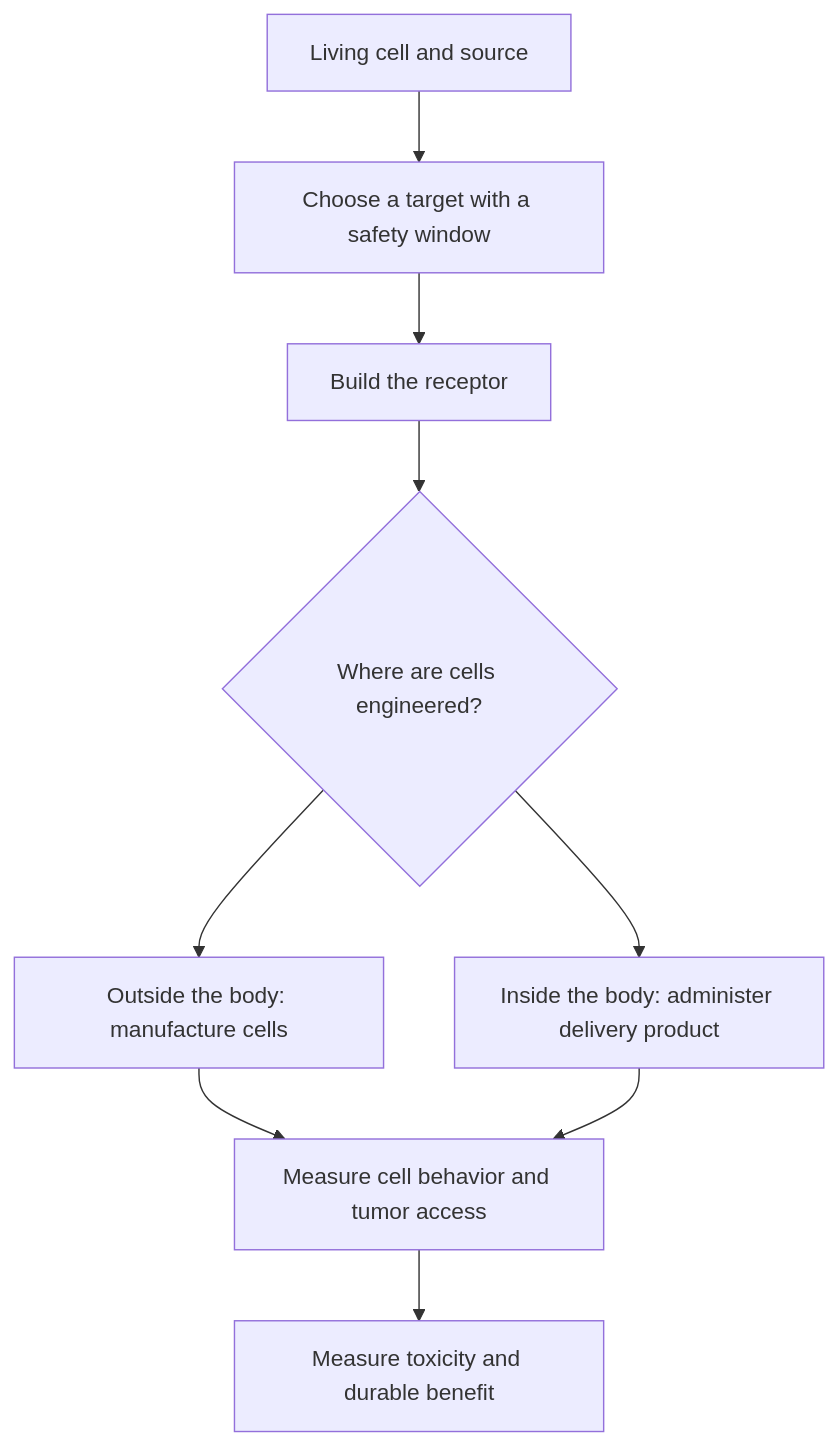
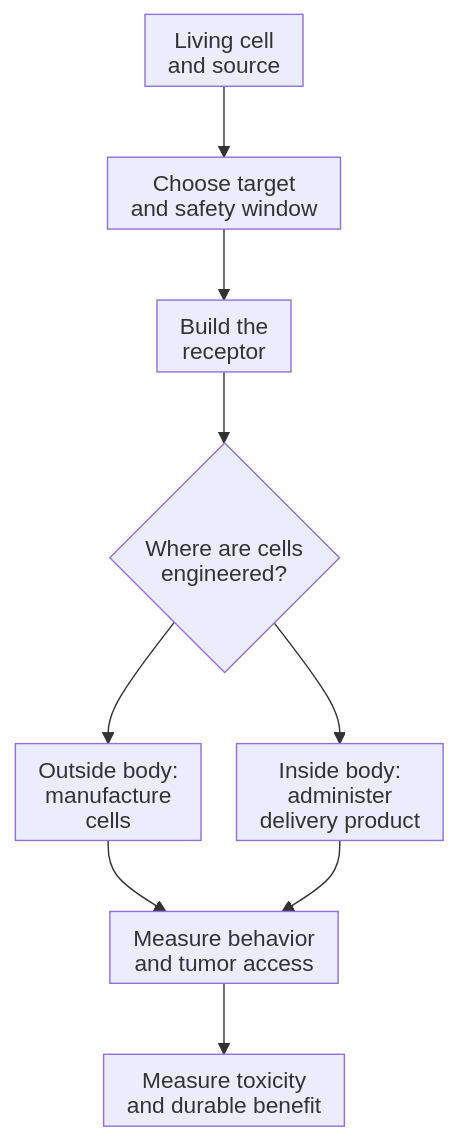
One commit to jasonLaster/oncoguide changed the diagram in wiki/education/guides/engineered-cell-therapy/index.md. Above: the diagram before and after it, drawn with Mermaid. The commit also changed other lines of this file and 43 other files, not shown here.

Commit message:
education: sync engineered-cell curriculum and native diagram settings

````diff
--- a/wiki/education/guides/engineered-cell-therapy/index.md
+++ b/wiki/education/guides/engineered-cell-therapy/index.md
@@ -30,11 +30,12 @@
 ```mermaid
+%%{init: {"htmlLabels":false,"flowchart":{"htmlLabels":false,"padding":8,"nodeSpacing":25}}}%%
 flowchart TD
-  A[Living cell and source] --> B[Choose a target with a safety window]
-  B --> C[Build the receptor]
-  C --> D{Where are cells engineered?}
-  D --> E[Outside the body: manufacture cells]
-  D --> F[Inside the body: administer delivery product]
-  E --> G[Measure cell behavior and tumor access]
+  A["Living cell<br/>and source"] --> B["Choose target<br/>and safety window"]
+  B --> C["Build the<br/>receptor"]
+  C --> D{"Where are cells<br/>engineered?"}
+  D --> E["Outside body:<br/>manufacture<br/>cells"]
+  D --> F["Inside body:<br/>administer<br/>delivery product"]
+  E --> G["Measure behavior<br/>and tumor access"]
   F --> G
-  G --> H[Measure toxicity and durable benefit]
+  G --> H["Measure toxicity<br/>and durable benefit"]
 ```
````
